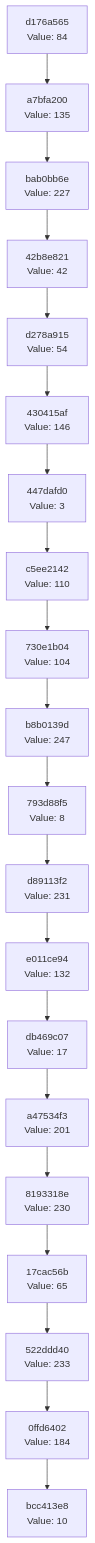
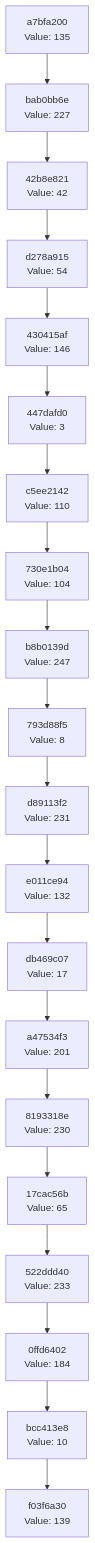
One commit to Abhisheksinha1506/hash-chain-evolver changed the diagram in docs/CHAIN_VISUALIZATION.md. Above: the diagram before and after it, drawn with Mermaid. The commit also changed 2 other files, not shown here.

Commit message:
Evolution step: hash 0x8B → action executed

````diff
--- a/docs/CHAIN_VISUALIZATION.md
+++ b/docs/CHAIN_VISUALIZATION.md
@@ -3,42 +3,42 @@
 ```mermaid
 graph TD
-    C0["bcc413e8<br/>Value: 10"]
-    C1["0ffd6402<br/>Value: 184"]
+    C0["f03f6a30<br/>Value: 139"]
+    C1["bcc413e8<br/>Value: 10"]
     C1 --> C0
-    C2["522ddd40<br/>Value: 233"]
+    C2["0ffd6402<br/>Value: 184"]
     C2 --> C1
-    C3["17cac56b<br/>Value: 65"]
+    C3["522ddd40<br/>Value: 233"]
     C3 --> C2
-    C4["8193318e<br/>Value: 230"]
+    C4["17cac56b<br/>Value: 65"]
     C4 --> C3
-    C5["a47534f3<br/>Value: 201"]
+    C5["8193318e<br/>Value: 230"]
     C5 --> C4
-    C6["db469c07<br/>Value: 17"]
+    C6["a47534f3<br/>Value: 201"]
     C6 --> C5
-    C7["e011ce94<br/>Value: 132"]
+    C7["db469c07<br/>Value: 17"]
     C7 --> C6
-    C8["d89113f2<br/>Value: 231"]
+    C8["e011ce94<br/>Value: 132"]
     C8 --> C7
-    C9["793d88f5<br/>Value: 8"]
+    C9["d89113f2<br/>Value: 231"]
     C9 --> C8
-    C10["b8b0139d<br/>Value: 247"]
+    C10["793d88f5<br/>Value: 8"]
     C10 --> C9
-    C11["730e1b04<br/>Value: 104"]
+    C11["b8b0139d<br/>Value: 247"]
     C11 --> C10
-    C12["c5ee2142<br/>Value: 110"]
+    C12["730e1b04<br/>Value: 104"]
     C12 --> C11
-    C13["447dafd0<br/>Value: 3"]
+    C13["c5ee2142<br/>Value: 110"]
     C13 --> C12
-    C14["430415af<br/>Value: 146"]
+    C14["447dafd0<br/>Value: 3"]
     C14 --> C13
-    C15["d278a915<br/>Value: 54"]
+    C15["430415af<br/>Value: 146"]
     C15 --> C14
-    C16["42b8e821<br/>Value: 42"]
+    C16["d278a915<br/>Value: 54"]
     C16 --> C15
-    C17["bab0bb6e<br/>Value: 227"]
+    C17["42b8e821<br/>Value: 42"]
     C17 --> C16
-    C18["a7bfa200<br/>Value: 135"]
+    C18["bab0bb6e<br/>Value: 227"]
     C18 --> C17
-    C19["d176a565<br/>Value: 84"]
+    C19["a7bfa200<br/>Value: 135"]
     C19 --> C18
 ```
````
